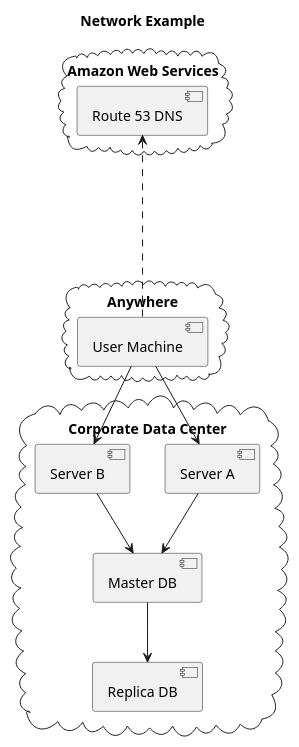
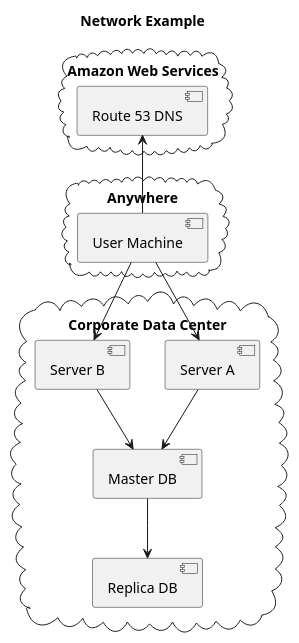
The diagram in component2.plantuml (htssouza/plantuml_with_gravizo), drawn with PlantUML before and after one commit.

```diff
--- a/component2.plantuml
+++ b/component2.plantuml
@@ -1,29 +1,29 @@
 @startuml
 
-scale max 1050 width
+scale max 600 width
 
 title Network Example
 
 cloud "Amazon Web Services" as AWS {
   component "Route 53 DNS"
 }
 
 cloud "Anywhere" {
   component "User Machine"
 }
 
 cloud "Corporate Data Center" as DC {
   component "Server A"
   component "Master DB"
   component "Server B"
   component "Replica DB"
 }
 ' links
-[User Machine] -..up-> [Route 53 DNS]
+[User Machine] -up-> [Route 53 DNS]
 [User Machine] --> [Server A]
 [User Machine] --> [Server B]
 [Server A] --> [Master DB]
 [Server B] --> [Master DB]
 [Master DB] --> [Replica DB]
 
 @enduml
```
